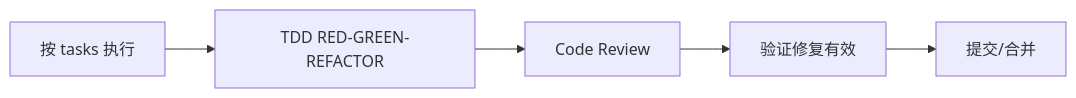
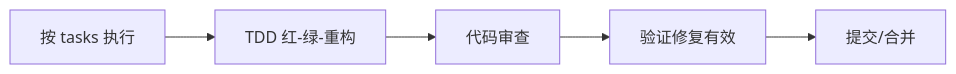
Before and after one commit to YingMuHuaDao1998/my-blob: the second of 4 diagrams in Superpowers/Superpowers与OpenSpec结合使用指南.md, drawn with Mermaid. The commit also changed other lines of this file, not shown here.

Commit message:
docs: 全面中文化 - 将 Phase/Tips/场景 等英文标题改为中文，tasks.md 示例改为中文演示

````diff
--- a/Superpowers/Superpowers与OpenSpec结合使用指南.md
+++ b/Superpowers/Superpowers与OpenSpec结合使用指南.md
@@ -88,7 +88,7 @@
 ```mermaid
-graph LR
-    A[按 tasks 执行] --> B[TDD RED-GREEN-REFACTOR]
-    B --> C[Code Review]
+flowchart LR
+    A[按 tasks 执行] --> B[TDD 红-绿-重构]
+    B --> C[代码审查]
     C --> D[验证修复有效]
     D --> E[提交/合并]
 ```
````
